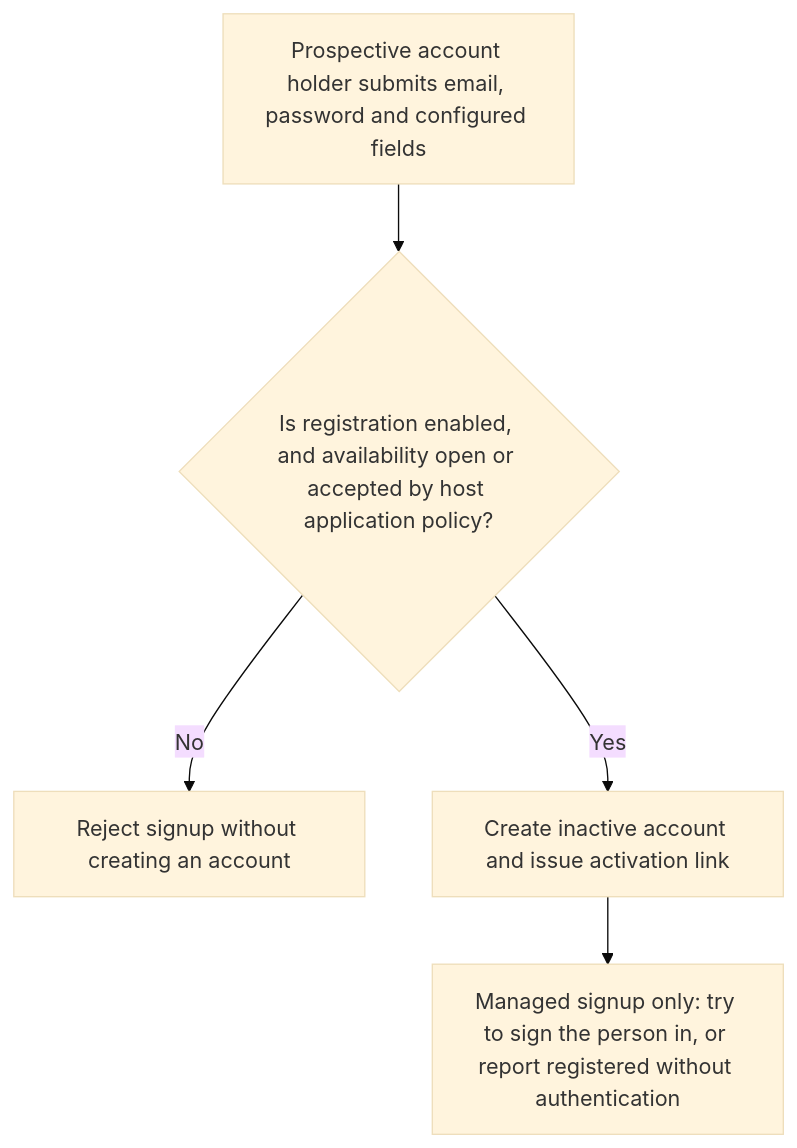
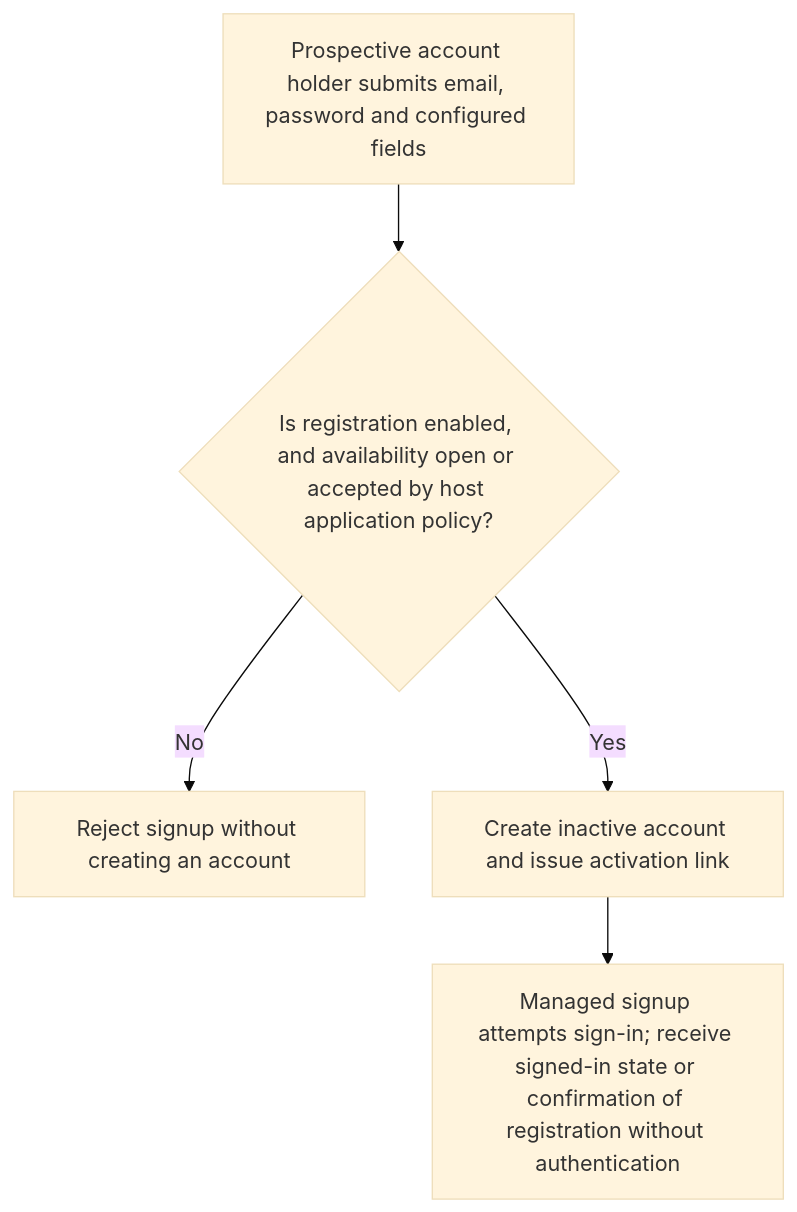
The first of 2 diagrams in user-stories/US-ACCOUNT-02-create-and-verify-account.md (Kevinjohn/oss-adonisjs-account-kit), drawn with Mermaid (base theme) before and after one commit. The commit also changed other lines of this file and 70 other files, not shown here.

````diff
--- a/user-stories/US-ACCOUNT-02-create-and-verify-account.md
+++ b/user-stories/US-ACCOUNT-02-create-and-verify-account.md
@@ -19,7 +20,7 @@
 ```mermaid
 flowchart TD
  A["Prospective account holder submits email, password and configured fields"] --> B{"Is registration enabled, and availability open or accepted by host application policy?"}
  B -->|No| C["Reject signup without creating an account"]
  B -->|Yes| D["Create inactive account and issue activation link"]
- D --> E["Managed signup only: try to sign the person in, or report registered without authentication"]
+ D --> E["Managed signup attempts sign-in; receive signed-in state or confirmation of registration without authentication"]
 ```
````
